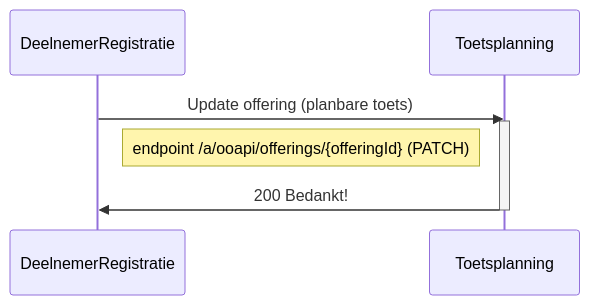
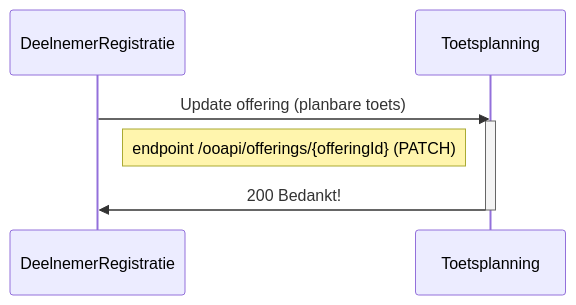
The third of 7 diagrams in doc/flow1.md (NetwerkExamineringDigitalisering/NED-OOAPI), drawn with Mermaid before and after one commit. The commit also changed other lines of this file and 4 other files, not shown here.

````diff
--- a/doc/flow1.md
+++ b/doc/flow1.md
@@ -112,11 +112,11 @@
 ```mermaid
 sequenceDiagram
     participant DeelnemerRegistratie
     participant Toetsplanning
     DeelnemerRegistratie->>Toetsplanning: Update offering (planbare toets)
     activate Toetsplanning
-    Note right of DeelnemerRegistratie: endpoint /a/ooapi/offerings/{offeringId} (PATCH)
+    Note right of DeelnemerRegistratie: endpoint /ooapi/offerings/{offeringId} (PATCH)
     Toetsplanning->>DeelnemerRegistratie: 200 Bedankt!
     deactivate Toetsplanning
 
 ```
````
